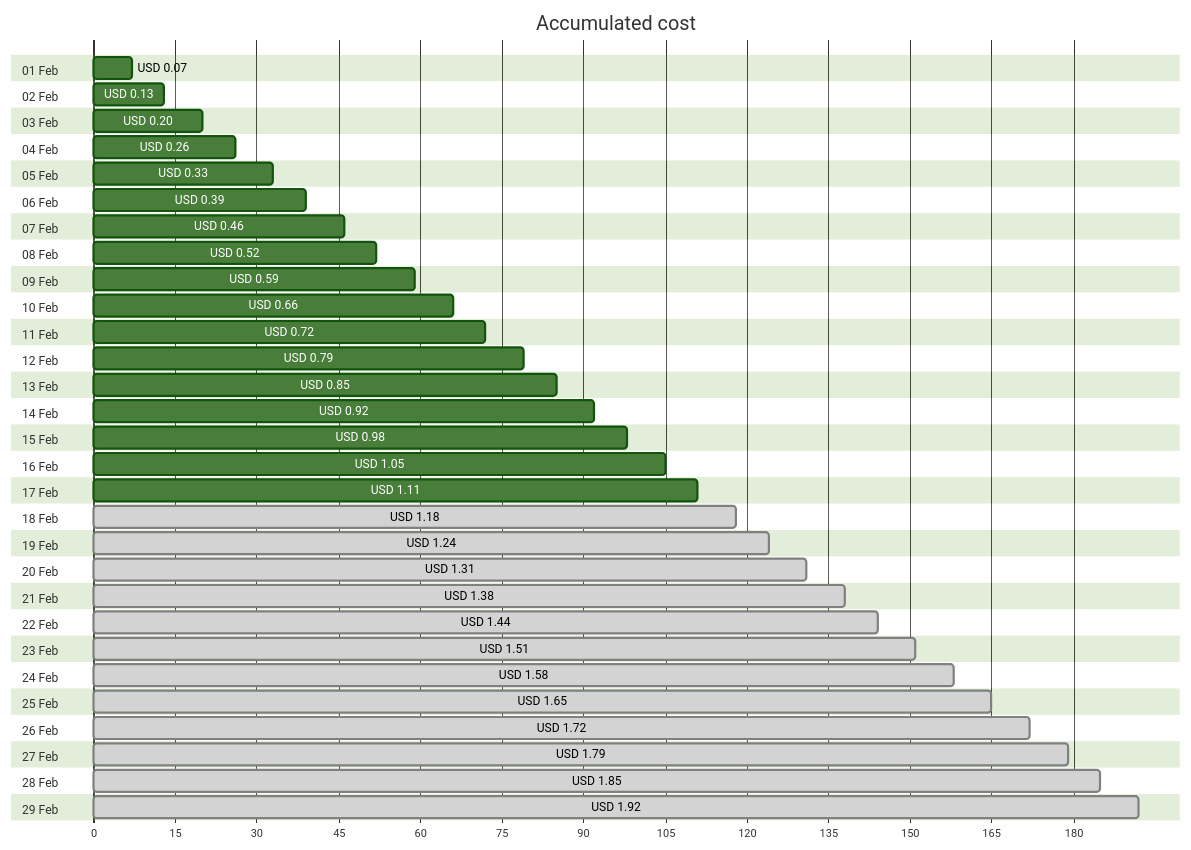
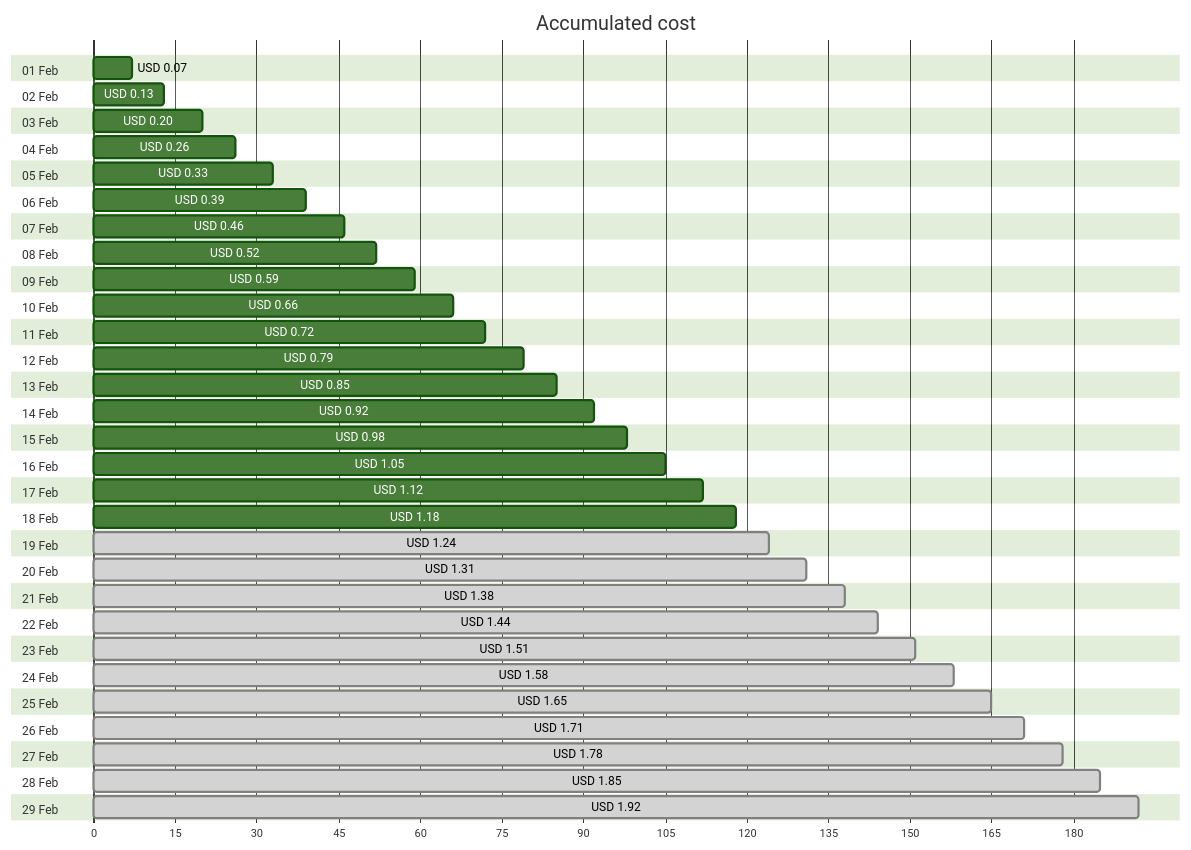
Before and after one commit to jpfulton/azure-personal-reports: the first of 4 diagrams in cost-reports/personal-network/vpn-server_OsDisk.md, drawn with Mermaid (forest theme). The commit also changed other lines of this file and 8 other files, not shown here.

````diff
--- a/cost-reports/personal-network/vpn-server_OsDisk.md
+++ b/cost-reports/personal-network/vpn-server_OsDisk.md
@@ -20,64 +20,64 @@
 ```mermaid
 gantt
    title Accumulated cost
    dateFormat  X
    axisFormat %s
    section 01 Feb
    USD 0.07 :0, 7
    section 02 Feb
    USD 0.13 :0, 13
    section 03 Feb
    USD 0.20 :0, 20
    section 04 Feb
    USD 0.26 :0, 26
    section 05 Feb
    USD 0.33 :0, 33
    section 06 Feb
    USD 0.39 :0, 39
    section 07 Feb
    USD 0.46 :0, 46
    section 08 Feb
    USD 0.52 :0, 52
    section 09 Feb
    USD 0.59 :0, 59
    section 10 Feb
    USD 0.66 :0, 66
    section 11 Feb
    USD 0.72 :0, 72
    section 12 Feb
    USD 0.79 :0, 79
    section 13 Feb
    USD 0.85 :0, 85
    section 14 Feb
    USD 0.92 :0, 92
    section 15 Feb
    USD 0.98 :0, 98
    section 16 Feb
    USD 1.05 :0, 105
    section 17 Feb
-   USD 1.11 :0, 111
+   USD 1.12 :0, 112
    section 18 Feb
-   USD 1.18 : done, 0, 118
+   USD 1.18 :0, 118
    section 19 Feb
    USD 1.24 : done, 0, 124
    section 20 Feb
    USD 1.31 : done, 0, 131
    section 21 Feb
    USD 1.38 : done, 0, 138
    section 22 Feb
    USD 1.44 : done, 0, 144
    section 23 Feb
    USD 1.51 : done, 0, 151
    section 24 Feb
    USD 1.58 : done, 0, 158
    section 25 Feb
    USD 1.65 : done, 0, 165
    section 26 Feb
-   USD 1.72 : done, 0, 172
+   USD 1.71 : done, 0, 171
    section 27 Feb
-   USD 1.79 : done, 0, 179
+   USD 1.78 : done, 0, 178
    section 28 Feb
    USD 1.85 : done, 0, 185
    section 29 Feb
    USD 1.92 : done, 0, 192
 ```
````
